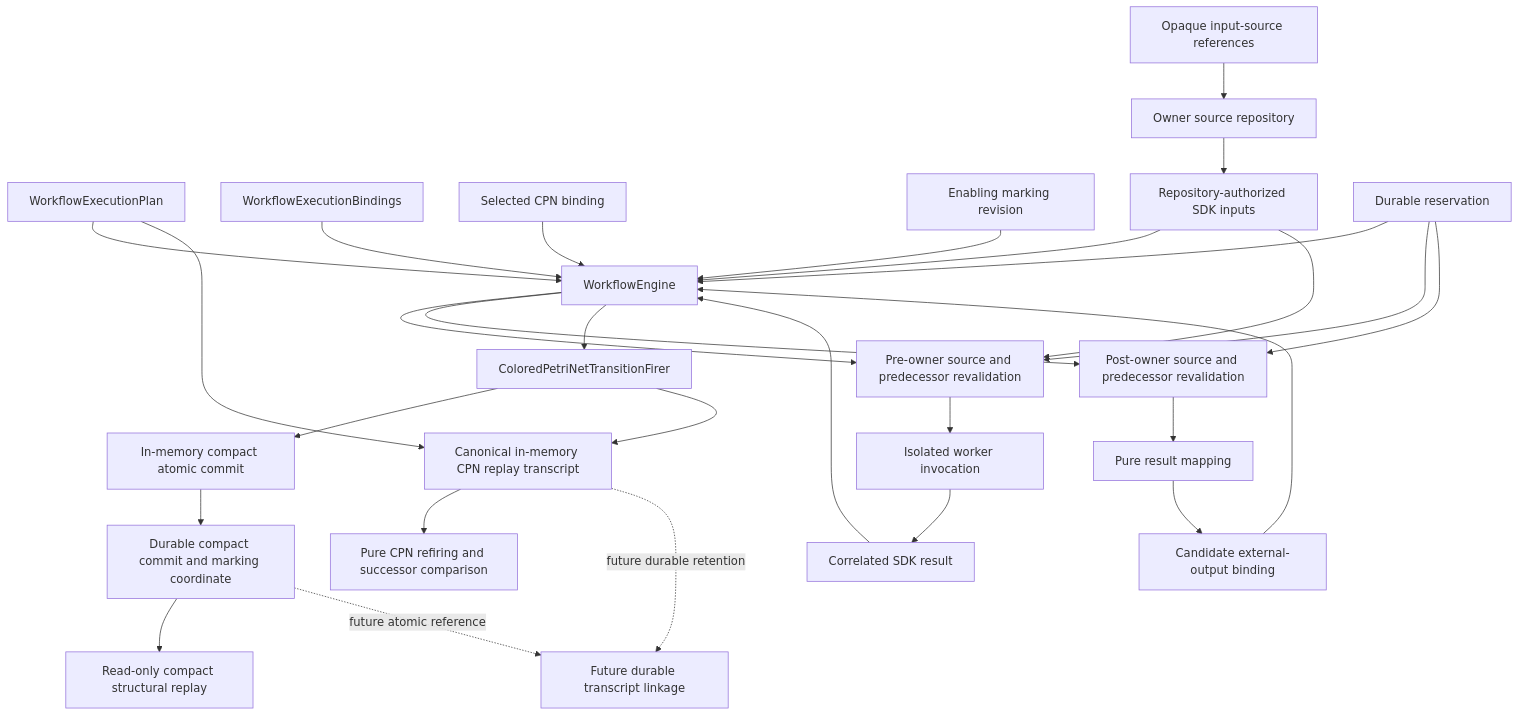
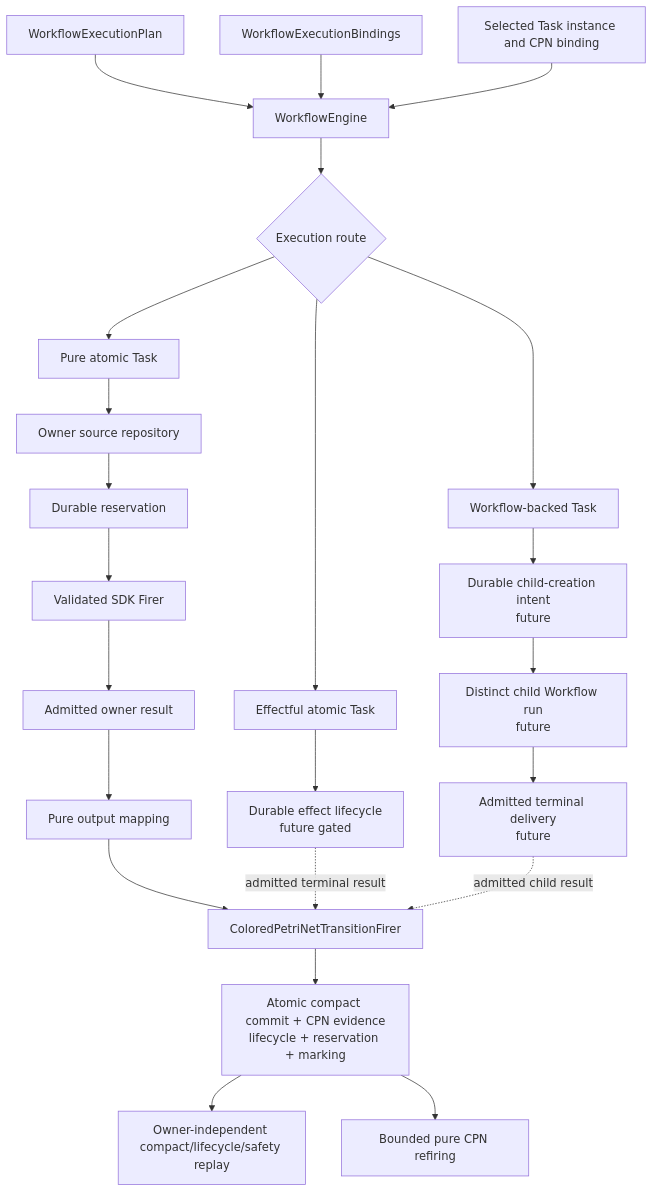
Before and after one commit to eragasa/projectkoios-workflow: the diagram in docs/architecture/projectkoios/workflow/runtime/WorkflowEngine/schematic.md, drawn with Mermaid. The commit also changed other lines of this file and 59 other files, not shown here.

First line of the commit message:
docs: define task workflow architecture iteration 2

````diff
--- a/docs/architecture/projectkoios/workflow/runtime/WorkflowEngine/schematic.md
+++ b/docs/architecture/projectkoios/workflow/runtime/WorkflowEngine/schematic.md
@@ -5,54 +5,55 @@
 ```mermaid
 flowchart TD
     P[WorkflowExecutionPlan]
     B[WorkflowExecutionBindings]
-    S[Selected CPN binding]
-    M[Enabling marking revision]
-    I[Opaque input-source references]
+    S[Selected Task instance and CPN binding]
+    E[WorkflowEngine]
+    K{Execution route}
+
+    I[Pure atomic Task]
     SR[Owner source repository]
-    U[Repository-authorized SDK inputs]
     R[Durable reservation]
-    Q[Pre-owner source and predecessor revalidation]
-    V[Post-owner source and predecessor revalidation]
-    E[WorkflowEngine]
-    W[Isolated worker invocation]
-    O[Correlated SDK result]
-    A[Pure result mapping]
-    X[Candidate external-output binding]
+    W[Validated SDK Firer]
+    O[Admitted owner result]
+    M[Pure output mapping]
+
+    FX[Effectful atomic Task]
+    EL[Durable effect lifecycle<br/>future gated]
+
+    WT[Workflow-backed Task]
+    CI[Durable child-creation intent<br/>future]
+    CR[Distinct child Workflow run<br/>future]
+    CD[Admitted terminal delivery<br/>future]
+
     F[ColoredPetriNetTransitionFirer]
-    K[In-memory compact atomic commit]
-    C[Durable compact commit and marking coordinate]
-    CS[Read-only compact structural replay]
-    T[Canonical in-memory CPN replay transcript]
-    RF[Pure CPN refiring and successor comparison]
-    D[Future durable transcript linkage]
+    C[Atomic compact commit + CPN evidence<br/>lifecycle + reservation + marking]
+    RP[Owner-independent compact/lifecycle/safety replay]
+    RF[Bounded pure CPN refiring]
 
     P --> E
     B --> E
     S --> E
-    M --> E
+    E --> K
+    K --> I
+    K --> FX
+    K --> WT
+
     I --> SR
-    SR --> U
-    U --> E
-    R --> E
-    E --> Q
-    U --> Q
-    R --> Q
-    Q --> W
+    SR --> R
+    R --> W
     W --> O
-    O --> E
-    E --> V
-    R --> V
-    V --> A
-    A --> X
-    X --> E
-    E --> F
-    F --> K
-    K --> C
-    C --> CS
-    F --> T
-    P --> T
-    T --> RF
-    C -. future atomic reference .-> D
-    T -. future durable retention .-> D
+    O --> M
+    M --> F
+
+    FX --> EL
+    EL -. admitted terminal result .-> F
+
+    WT --> CI
+    CI --> CR
+    CR --> CD
+    CD -. admitted child result .-> F
+
+    F --> C
+    C --> RP
+    C --> RF
 ```
````
